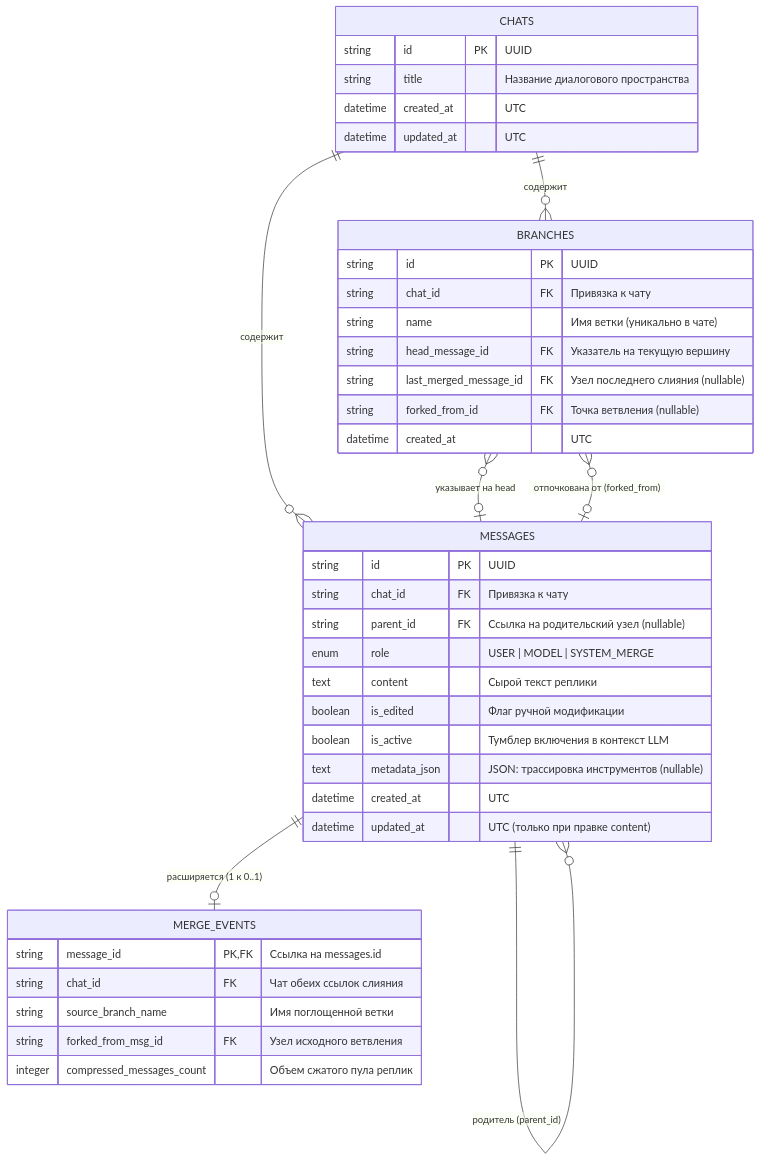
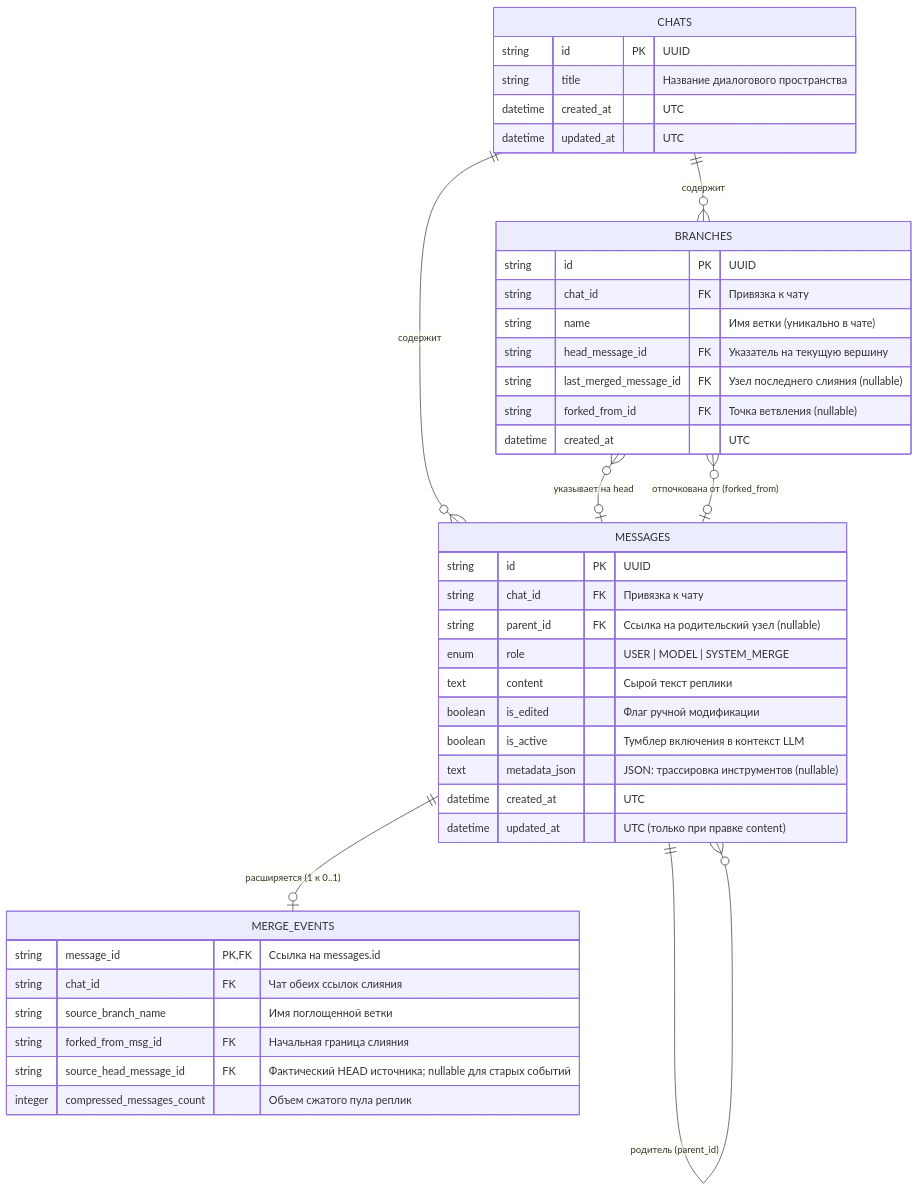
The first of 5 diagrams in docs/SPEC.md (Curr3ncyV01D/exocortex), drawn with Mermaid before and after one commit. The commit also changed other lines of this file and 17 other files, not shown here.

First line of the commit message:
feat(explorer): add compact chat graph and merge provenance

````diff
--- a/docs/SPEC.md
+++ b/docs/SPEC.md
@@ -65,47 +65,48 @@
 ```mermaid
 erDiagram
     CHATS ||--o{ BRANCHES : "содержит"
     CHATS ||--o{ MESSAGES : "содержит"
     MESSAGES ||--o{ MESSAGES : "родитель (parent_id)"
     MESSAGES ||--o| MERGE_EVENTS : "расширяется (1 к 0..1)"
     BRANCHES }o--o| MESSAGES : "указывает на head"
     BRANCHES }o--o| MESSAGES : "отпочкована от (forked_from)"
 
     CHATS {
         string id PK "UUID"
         string title "Название диалогового пространства"
         datetime created_at "UTC"
         datetime updated_at "UTC"
     }
 
     BRANCHES {
         string id PK "UUID"
         string chat_id FK "Привязка к чату"
         string name "Имя ветки (уникально в чате)"
         string head_message_id FK "Указатель на текущую вершину"
         string last_merged_message_id FK "Узел последнего слияния (nullable)"
         string forked_from_id FK "Точка ветвления (nullable)"
         datetime created_at "UTC"
     }
 
     MESSAGES {
         string id PK "UUID"
         string chat_id FK "Привязка к чату"
         string parent_id FK "Ссылка на родительский узел (nullable)"
         enum role "USER | MODEL | SYSTEM_MERGE"
         text content "Сырой текст реплики"
         boolean is_edited "Флаг ручной модификации"
         boolean is_active "Тумблер включения в контекст LLM"
         text metadata_json "JSON: трассировка инструментов (nullable)"
         datetime created_at "UTC"
         datetime updated_at "UTC (только при правке content)"
     }
 
     MERGE_EVENTS {
         string message_id PK, FK "Ссылка на messages.id"
         string chat_id FK "Чат обеих ссылок слияния"
         string source_branch_name "Имя поглощенной ветки"
-        string forked_from_msg_id FK "Узел исходного ветвления"
+        string forked_from_msg_id FK "Начальная граница слияния"
+        string source_head_message_id FK "Фактический HEAD источника; nullable для старых событий"
         integer compressed_messages_count "Объем сжатого пула реплик"
     }
 ```
````
